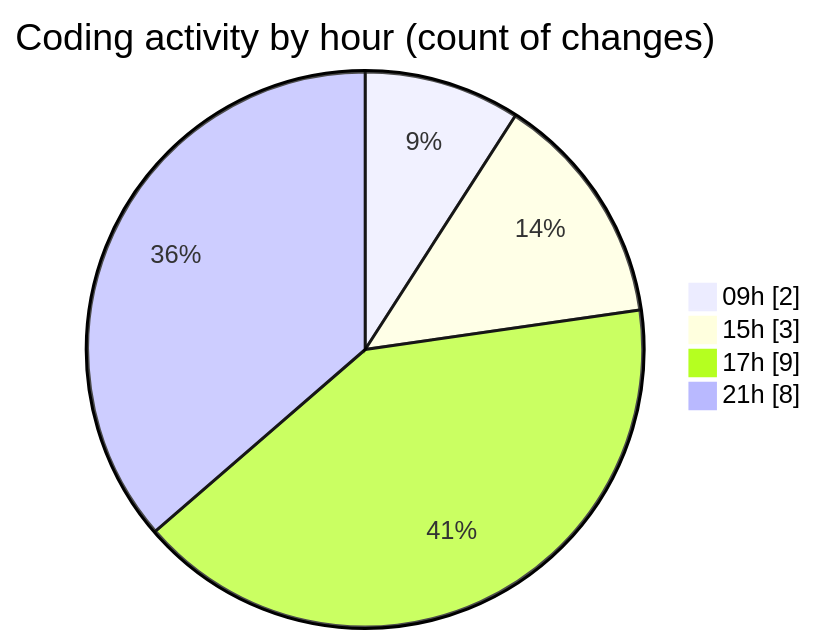
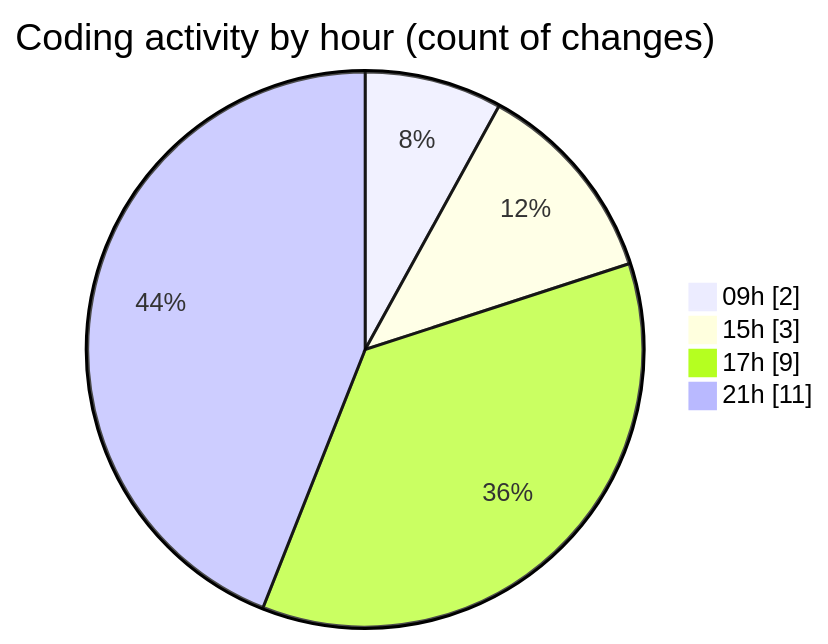
Before and after one commit to julien-gomy/code-tracking: the second of 2 diagrams in 2025-10-20/eventscop-frontend-guide__workspace_/README.md, drawn with Mermaid. The commit also changed other lines of this file and 1 other file, not shown here.

````diff
--- a/2025-10-20/eventscop-frontend-guide__workspace_/README.md
+++ b/2025-10-20/eventscop-frontend-guide__workspace_/README.md
@@ -39,8 +40,8 @@
 ```mermaid
 pie showData
 title Coding activity by hour (count of changes)
 "09h" : 2
 "15h" : 3
 "17h" : 9
-"21h" : 8
+"21h" : 11
 ```
````
